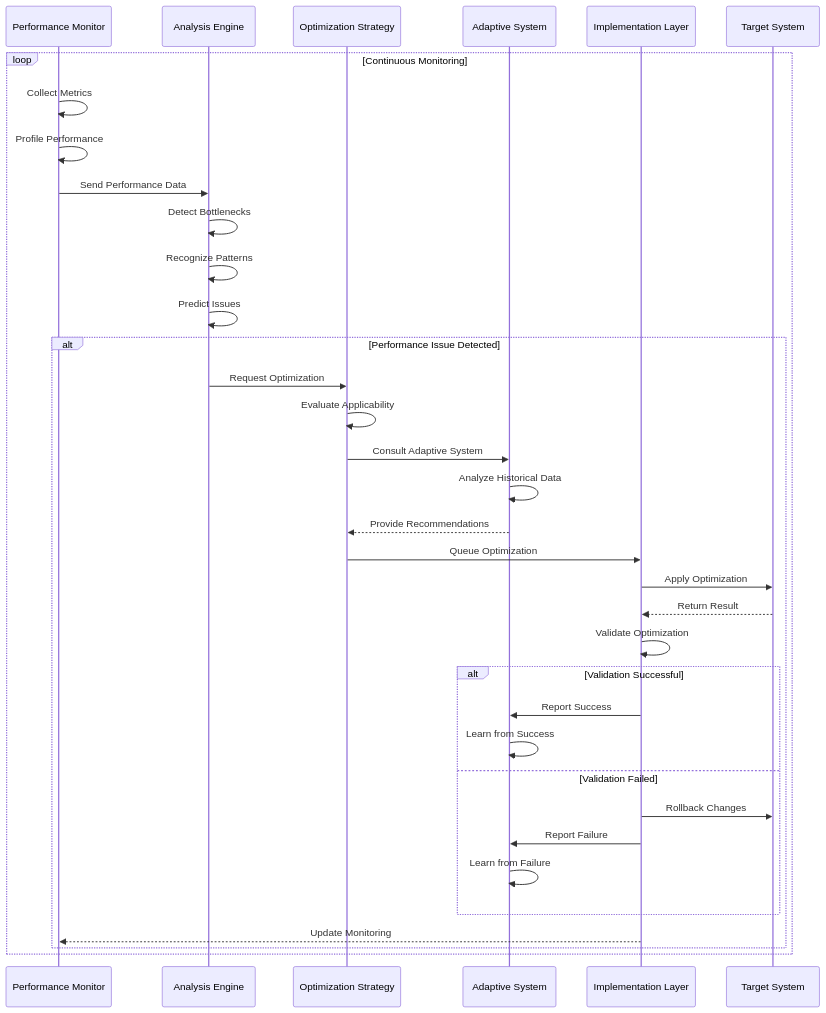
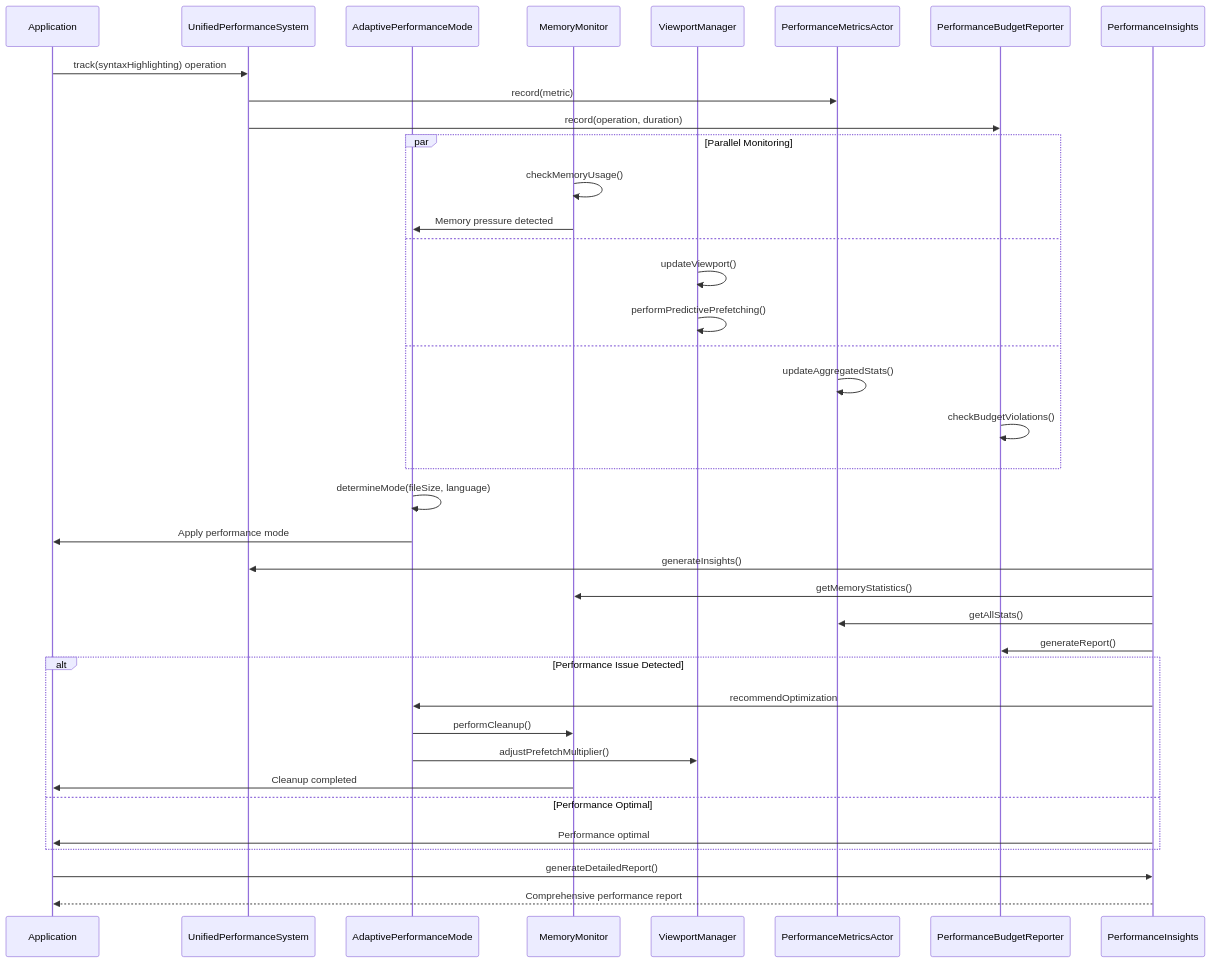
One commit to ajmcclary/CodeEditorKit changed the third of 3 diagrams in Diagrams/24-performance-optimization-pipeline.md. Above: the diagram before and after it, drawn with Mermaid. The commit also changed other lines of this file and 29 other files, not shown here.

First line of the commit message:
Enhance architecture documentation and add debugging integration

````diff
--- a/Diagrams/24-performance-optimization-pipeline.md
+++ b/Diagrams/24-performance-optimization-pipeline.md
@@ -429,44 +349,46 @@
 ```mermaid
 sequenceDiagram
-    participant Monitor as Performance Monitor
-    participant Analyzer as Analysis Engine
-    participant Strategy as Optimization Strategy
-    participant Adaptive as Adaptive System
-    participant Impl as Implementation Layer
-    participant System as Target System
+    participant App as Application
+    participant UPS as UnifiedPerformanceSystem
+    participant APM as AdaptivePerformanceMode
+    participant MM as MemoryMonitor
+    participant VM as ViewportManager
+    participant PMA as PerformanceMetricsActor
+    participant PBR as PerformanceBudgetReporter
+    participant INSIGHTS as PerformanceInsights
 
-    loop Continuous Monitoring
-        Monitor->>Monitor: Collect Metrics
-        Monitor->>Monitor: Profile Performance
-        Monitor->>Analyzer: Send Performance Data
-        
-        Analyzer->>Analyzer: Detect Bottlenecks
-        Analyzer->>Analyzer: Recognize Patterns
-        Analyzer->>Analyzer: Predict Issues
-        
-        alt Performance Issue Detected
-            Analyzer->>Strategy: Request Optimization
-            Strategy->>Strategy: Evaluate Applicability
-            Strategy->>Adaptive: Consult Adaptive System
-            Adaptive->>Adaptive: Analyze Historical Data
-            Adaptive-->>Strategy: Provide Recommendations
-            
-            Strategy->>Impl: Queue Optimization
-            Impl->>System: Apply Optimization
-            System-->>Impl: Return Result
-            
-            Impl->>Impl: Validate Optimization
-            
-            alt Validation Successful
-                Impl->>Adaptive: Report Success
-                Adaptive->>Adaptive: Learn from Success
-            else Validation Failed
-                Impl->>System: Rollback Changes
-                Impl->>Adaptive: Report Failure
-                Adaptive->>Adaptive: Learn from Failure
-            end
-            
-            Impl-->>Monitor: Update Monitoring
-        end
+    App->>UPS: track(syntaxHighlighting) operation
+    UPS->>PMA: record(metric)
+    UPS->>PBR: record(operation, duration)
+    
+    par Parallel Monitoring
+        MM->>MM: checkMemoryUsage()
+        MM->>APM: Memory pressure detected
+        and
+        VM->>VM: updateViewport()
+        VM->>VM: performPredictivePrefetching()
+        and
+        PMA->>PMA: updateAggregatedStats()
+        PBR->>PBR: checkBudgetViolations()
     end
+    
+    APM->>APM: determineMode(fileSize, language)
+    APM->>App: Apply performance mode
+    
+    INSIGHTS->>UPS: generateInsights()
+    INSIGHTS->>MM: getMemoryStatistics()
+    INSIGHTS->>PMA: getAllStats()
+    INSIGHTS->>PBR: generateReport()
+    
+    alt Performance Issue Detected
+        INSIGHTS->>APM: recommendOptimization
+        APM->>MM: performCleanup()
+        APM->>VM: adjustPrefetchMultiplier()
+        MM->>App: Cleanup completed
+    else Performance Optimal
+        INSIGHTS->>App: Performance optimal
+    end
+    
+    App->>INSIGHTS: generateDetailedReport()
+    INSIGHTS-->>App: Comprehensive performance report
 ```
````
